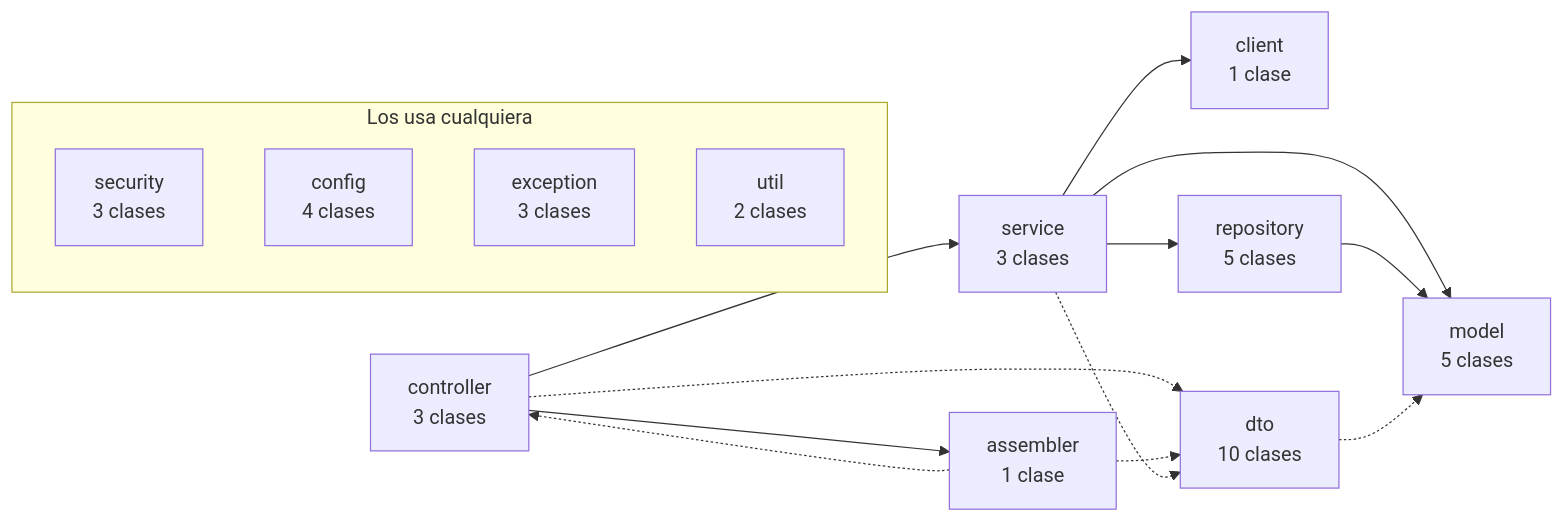
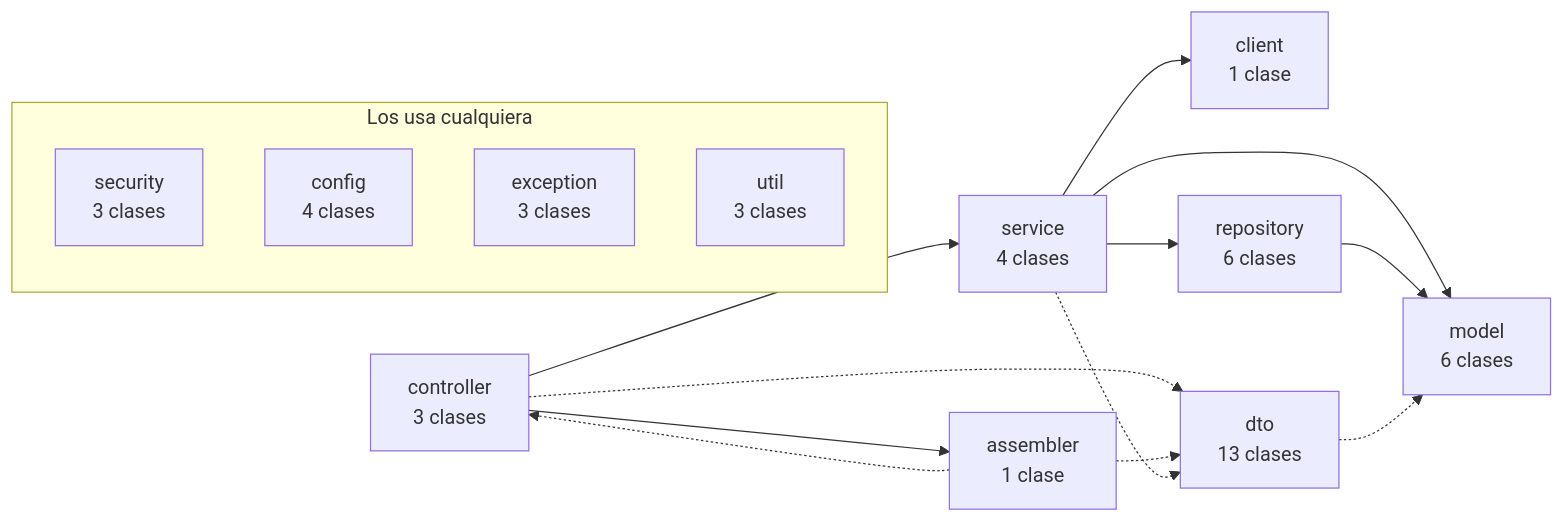
One commit to TechnicalBridge/DataBridge changed the second of 8 diagrams in docs/diagramas/componentes.md. Above: the diagram before and after it, drawn with Mermaid. The commit also changed other lines of this file and 62 other files, not shown here.

````diff
--- a/docs/diagramas/componentes.md
+++ b/docs/diagramas/componentes.md
@@ -132,28 +132,28 @@
 ```mermaid
 flowchart LR
     controller["controller<br/>3 clases"]
     assembler["assembler<br/>1 clase"]
-    service["service<br/>3 clases"]
+    service["service<br/>4 clases"]
     client["client<br/>1 clase"]
-    repository["repository<br/>5 clases"]
-    model["model<br/>5 clases"]
-    dto["dto<br/>10 clases"]
+    repository["repository<br/>6 clases"]
+    model["model<br/>6 clases"]
+    dto["dto<br/>13 clases"]
     subgraph TRANSVERSAL["Los usa cualquiera"]
         direction TB
         security["security<br/>3 clases"]
         config["config<br/>4 clases"]
         exception["exception<br/>3 clases"]
-        util["util<br/>2 clases"]
+        util["util<br/>3 clases"]
     end
     controller --> assembler
     controller --> service
     controller -.-> dto
     assembler -.-> controller
     assembler -.-> dto
     service --> client
     service --> repository
     service --> model
     service -.-> dto
     repository --> model
     dto -.-> model
 ```
````
